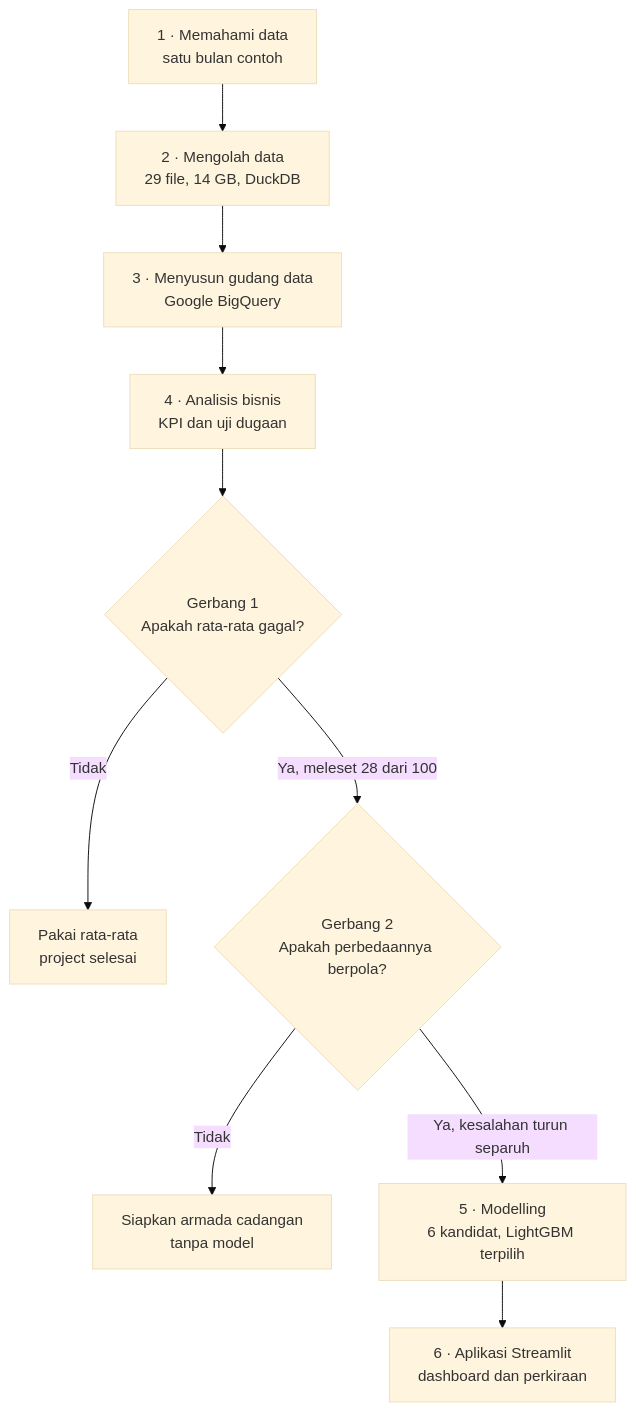
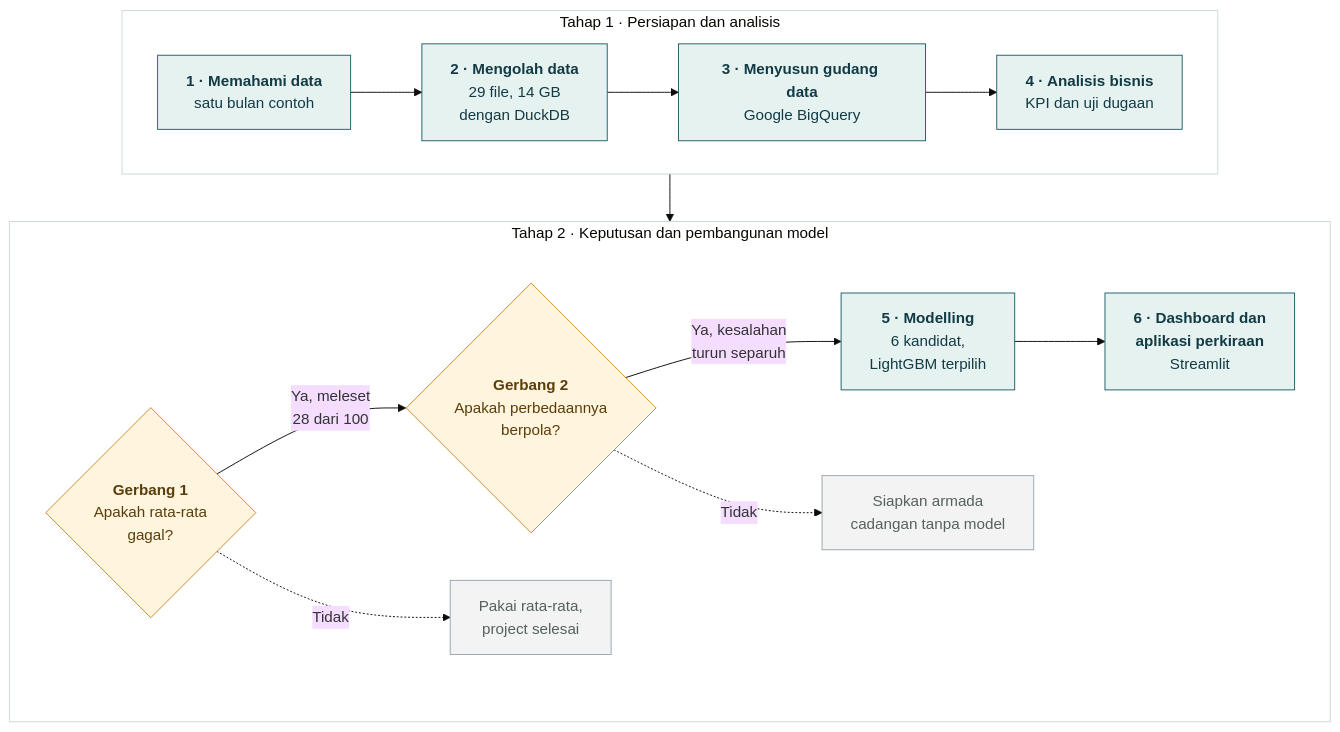
Before and after one commit to aoramaaulia-collab/NYC-Ride-Hailing-Demand-Forecasting: the diagram in README.md, drawn with Mermaid (base theme). The commit also changed other lines of this file, not shown here.

````diff
--- a/README.md
+++ b/README.md
@@ -119,12 +120,27 @@
 ```mermaid
-flowchart TD
-    A["1 · Memahami data<br/>satu bulan contoh"] --> B["2 · Mengolah data<br/>29 file, 14 GB, DuckDB"]
-    B --> C["3 · Menyusun gudang data<br/>Google BigQuery"]
-    C --> D["4 · Analisis bisnis<br/>KPI dan uji dugaan"]
-    D --> G1{"Gerbang 1<br/>Apakah rata-rata gagal?"}
-    G1 -- "Tidak" --> X1["Pakai rata-rata<br/>project selesai"]
-    G1 -- "Ya, meleset 28 dari 100" --> G2{"Gerbang 2<br/>Apakah perbedaannya berpola?"}
-    G2 -- "Tidak" --> X2["Siapkan armada cadangan<br/>tanpa model"]
-    G2 -- "Ya, kesalahan turun separuh" --> E["5 · Modelling<br/>6 kandidat, LightGBM terpilih"]
-    E --> F["6 · Aplikasi Streamlit<br/>dashboard dan perkiraan"]
+flowchart TB
+    subgraph R1["Tahap 1 · Persiapan dan analisis"]
+        direction LR
+        A["<b>1 · Memahami data</b><br/>satu bulan contoh"] --> B["<b>2 · Mengolah data</b><br/>29 file, 14 GB<br/>dengan DuckDB"]
+        B --> C["<b>3 · Menyusun gudang data</b><br/>Google BigQuery"]
+        C --> D["<b>4 · Analisis bisnis</b><br/>KPI dan uji dugaan"]
+    end
+    subgraph R2["Tahap 2 · Keputusan dan pembangunan model"]
+        direction LR
+        G1{"<b>Gerbang 1</b><br/>Apakah rata-rata<br/>gagal?"} -- "Ya, meleset<br/>28 dari 100" --> G2{"<b>Gerbang 2</b><br/>Apakah perbedaannya<br/>berpola?"}
+        G2 -- "Ya, kesalahan<br/>turun separuh" --> E["<b>5 · Modelling</b><br/>6 kandidat,<br/>LightGBM terpilih"]
+        E --> F["<b>6 · Dashboard dan<br/>aplikasi perkiraan</b><br/>Streamlit"]
+        G1 -. "Tidak" .-> X1["Pakai rata-rata,<br/>project selesai"]
+        G2 -. "Tidak" .-> X2["Siapkan armada<br/>cadangan tanpa model"]
+    end
+    R1 --> R2
+
+    classDef langkah fill:#E6F2F0,stroke:#1F5F6B,color:#123B45
+    classDef gerbang fill:#FFF4DE,stroke:#C9892B,color:#5A3E0A
+    classDef berhenti fill:#F3F3F3,stroke:#9AA5B1,color:#55615F
+    class A,B,C,D,E,F langkah
+    class G1,G2 gerbang
+    class X1,X2 berhenti
+    style R1 fill:#FFFFFF,stroke:#C9D9D6
+    style R2 fill:#FFFFFF,stroke:#C9D9D6
 ```
````
